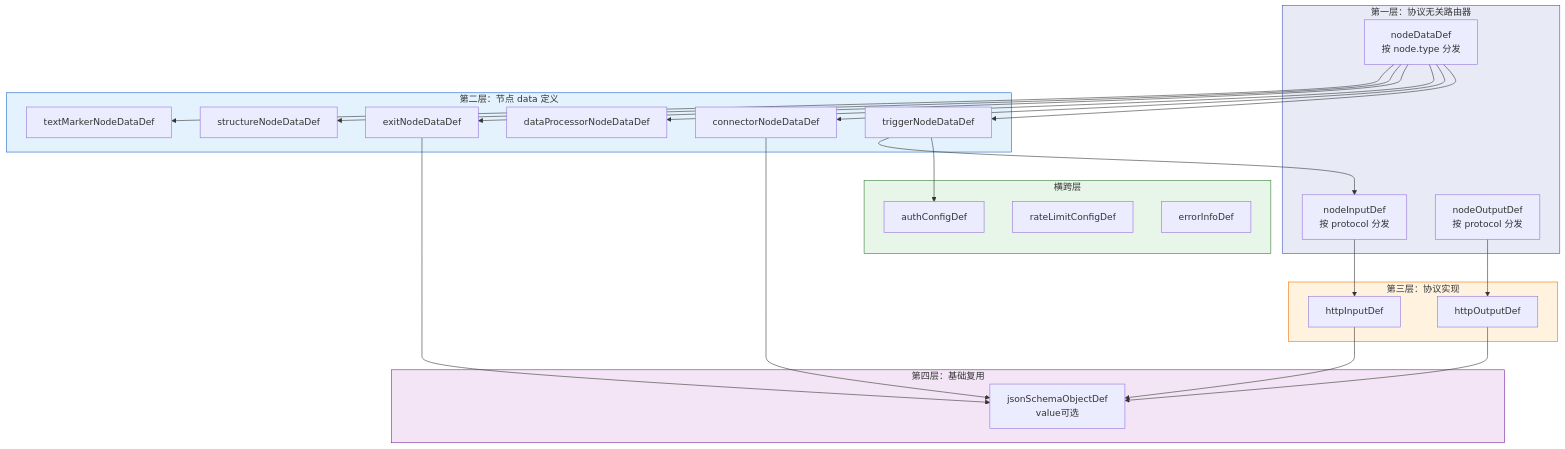
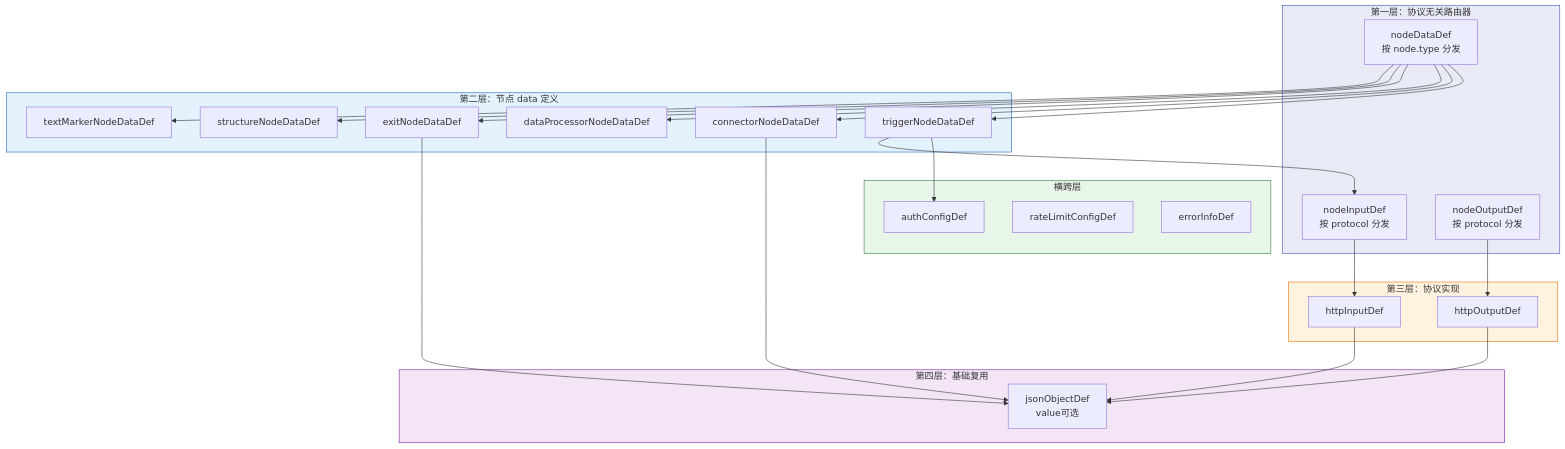
One commit to THZSummer/open-app changed the first of 4 diagrams in .sddu/specs-tree-root/specs-tree-connector-platform-v2/plan-json-schema.md. Above: the diagram before and after it, drawn with Mermaid. The commit also changed other lines of this file, not shown here.

Commit message:
docs(plan-json-schema): jsonSchemaObjectDef → jsonObjectDef

````diff
--- a/.sddu/specs-tree-root/specs-tree-connector-platform-v2/plan-json-schema.md
+++ b/.sddu/specs-tree-root/specs-tree-connector-platform-v2/plan-json-schema.md
@@ -421,53 +421,53 @@
 ```mermaid
 graph TB
     subgraph L1["第一层：协议无关路由器"]
         ND["nodeDataDef<br/>按 node.type 分发"]
         NI["nodeInputDef<br/>按 protocol 分发"]
         NO["nodeOutputDef<br/>按 protocol 分发"]
     end
 
     subgraph L2["第二层：节点 data 定义"]
         TD["triggerNodeDataDef"]
         CD["connectorNodeDataDef"]
         DD["dataProcessorNodeDataDef"]
         ED["exitNodeDataDef"]
         SD["structureNodeDataDef"]
         MD["textMarkerNodeDataDef"]
     end
 
     subgraph L3["第三层：协议实现"]
         HI["httpInputDef"]
         HO["httpOutputDef"]
     end
 
     subgraph L4["第四层：基础复用"]
-        JS["jsonSchemaObjectDef<br/>value可选"]
+        JS["jsonObjectDef<br/>value可选"]
     end
 
     subgraph LX["横跨层"]
         AU["authConfigDef"]
         RL["rateLimitConfigDef"]
         ER["errorInfoDef"]
     end
 
     ND --> TD
     ND --> CD
     ND --> DD
     ND --> ED
     ND --> SD
     ND --> MD
     NI --> HI
     NO --> HO
     HI --> JS
     HO --> JS
     CD --> JS
     ED --> JS
     TD --> AU
     TD --> NI
 
     style L1 fill:#e8eaf6,stroke:#3f51b5
     style L2 fill:#e3f2fd,stroke:#1565c0
     style L3 fill:#fff3e0,stroke:#ef6c00
     style L4 fill:#f3e5f5,stroke:#7b1fa2
     style LX fill:#e8f5e9,stroke:#2e7d32
 ```
````
